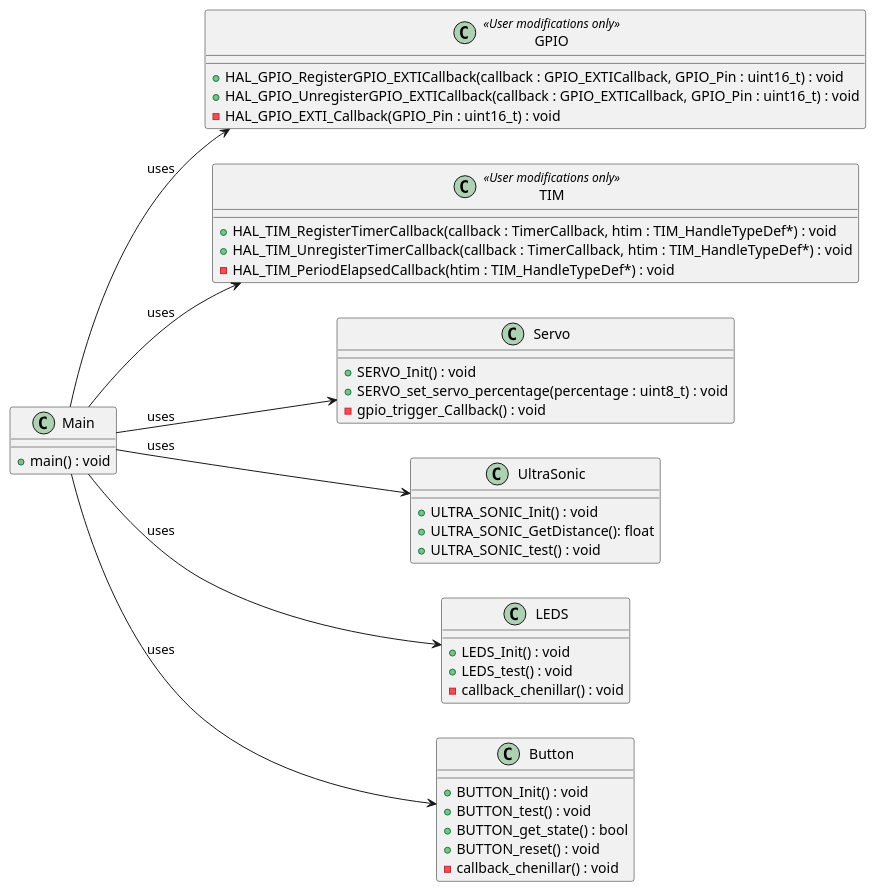
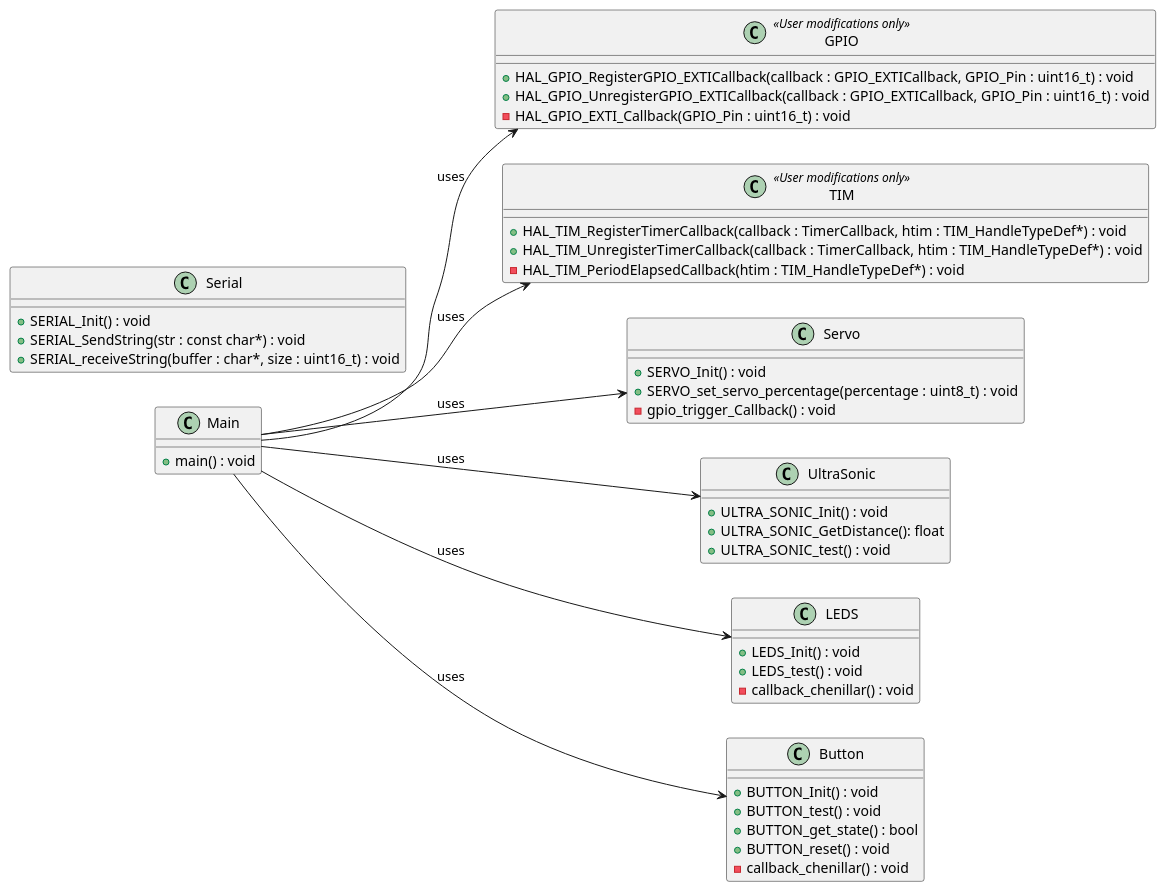
The diagram in doc/src/diagram/class_diagram.puml (LouvAndTech/sensor-to-actuator-class), drawn with PlantUML before and after one commit.

Commit message:
add: include Serial class in class diagram

```diff
--- a/doc/src/diagram/class_diagram.puml
+++ b/doc/src/diagram/class_diagram.puml
@@ -1,55 +1,61 @@
 @startuml class_diagram
 
 left to right direction
 
 
 class Main {
     + main() : void
 }
 
 class GPIO <<User modifications only>>{
     + HAL_GPIO_RegisterGPIO_EXTICallback(callback : GPIO_EXTICallback, GPIO_Pin : uint16_t) : void
     + HAL_GPIO_UnregisterGPIO_EXTICallback(callback : GPIO_EXTICallback, GPIO_Pin : uint16_t) : void
     - HAL_GPIO_EXTI_Callback(GPIO_Pin : uint16_t) : void
 }
 
 class TIM <<User modifications only>>{
     + HAL_TIM_RegisterTimerCallback(callback : TimerCallback, htim : TIM_HandleTypeDef*) : void
     + HAL_TIM_UnregisterTimerCallback(callback : TimerCallback, htim : TIM_HandleTypeDef*) : void
     - HAL_TIM_PeriodElapsedCallback(htim : TIM_HandleTypeDef*) : void
 }
 
 class Servo {
     + SERVO_Init() : void
     + SERVO_set_servo_percentage(percentage : uint8_t) : void
     - gpio_trigger_Callback() : void
 }
 
 class UltraSonic {
     + ULTRA_SONIC_Init() : void
     + ULTRA_SONIC_GetDistance(): float
     + ULTRA_SONIC_test() : void
 }
 
 class LEDS {
     + LEDS_Init() : void
     + LEDS_test() : void
     - callback_chenillar() : void
 }
 
 class Button {
     + BUTTON_Init() : void
     + BUTTON_test() : void
     + BUTTON_get_state() : bool
     + BUTTON_reset() : void
     - callback_chenillar() : void
 }
 
+class Serial{
+    + SERIAL_Init() : void
+    + SERIAL_SendString(str : const char*) : void
+    + SERIAL_receiveString(buffer : char*, size : uint16_t) : void
+}
+
 Main --> GPIO : uses
 Main --> TIM : uses
 Main --> Servo : uses
 Main --> UltraSonic : uses
 Main --> LEDS : uses
 Main --> Button : uses
 
 @enduml
```
